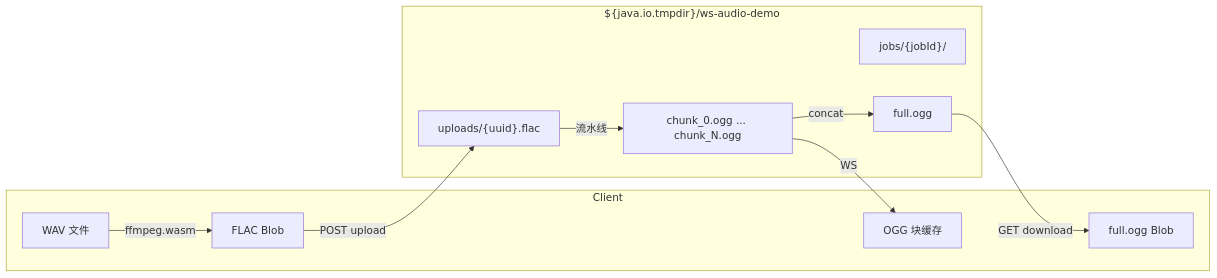
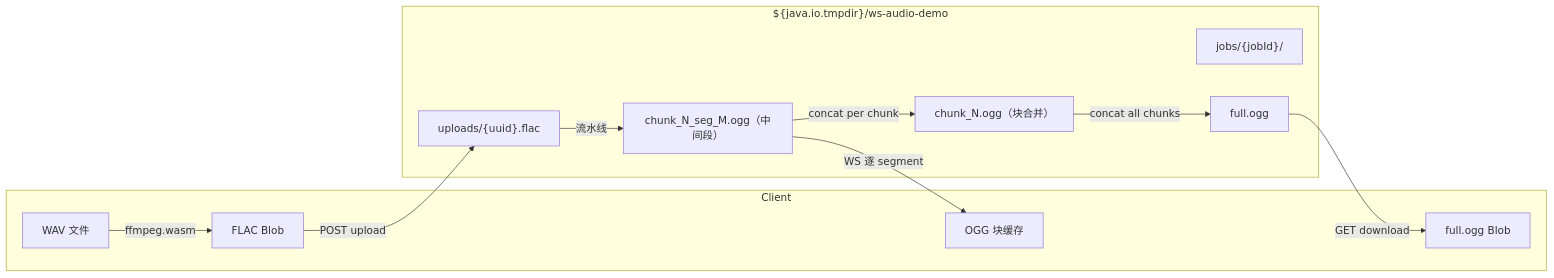
One commit to jiangxiluning/ws-audio-demo changed diagram 14 of 15 in docs/architecture.md. Above: the diagram before and after it, drawn with Mermaid. The commit also changed other lines of this file and 4 other files, not shown here.

````diff
--- a/docs/architecture.md
+++ b/docs/architecture.md
@@ -476,23 +475,25 @@
 ```mermaid
 flowchart LR
     subgraph Client
         WAV[WAV 文件]
         FLAC_B[FLAC Blob]
         OGG_chunks[OGG 块缓存]
         OGG_full[full.ogg Blob]
     end
 
     subgraph ServerTmp["${java.io.tmpdir}/ws-audio-demo"]
         UP["uploads/{uuid}.flac"]
         JOB["jobs/{jobId}/"]
-        CH["chunk_0.ogg ... chunk_N.ogg"]
+        SEG["chunk_N_seg_M.ogg（中间段）"]
+        CH["chunk_N.ogg（块合并）"]
         FULL["full.ogg"]
     end
 
     WAV -->|ffmpeg.wasm| FLAC_B
     FLAC_B -->|POST upload| UP
-    UP -->|流水线| CH
-    CH -->|concat| FULL
-    CH -->|WS| OGG_chunks
+    UP -->|流水线| SEG
+    SEG -->|concat per chunk| CH
+    CH -->|concat all chunks| FULL
+    SEG -->|WS 逐 segment| OGG_chunks
     FULL -->|GET download| OGG_full
 ```
````
